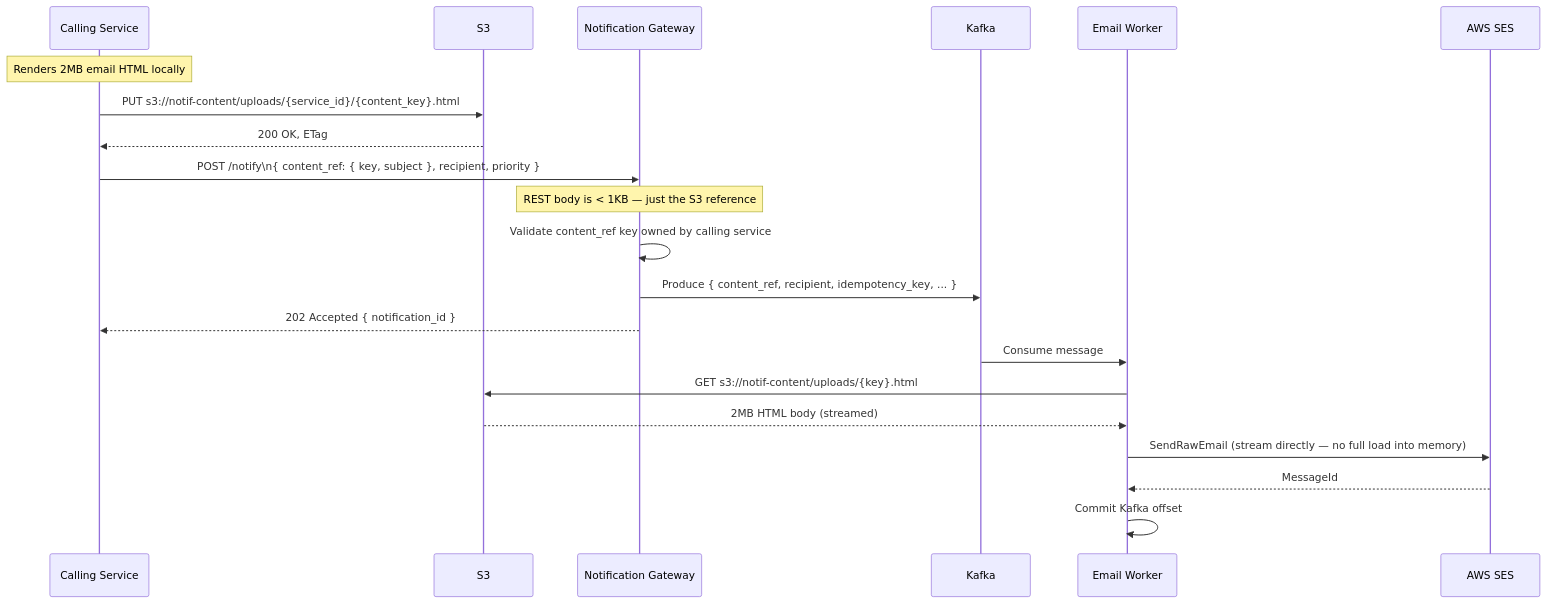
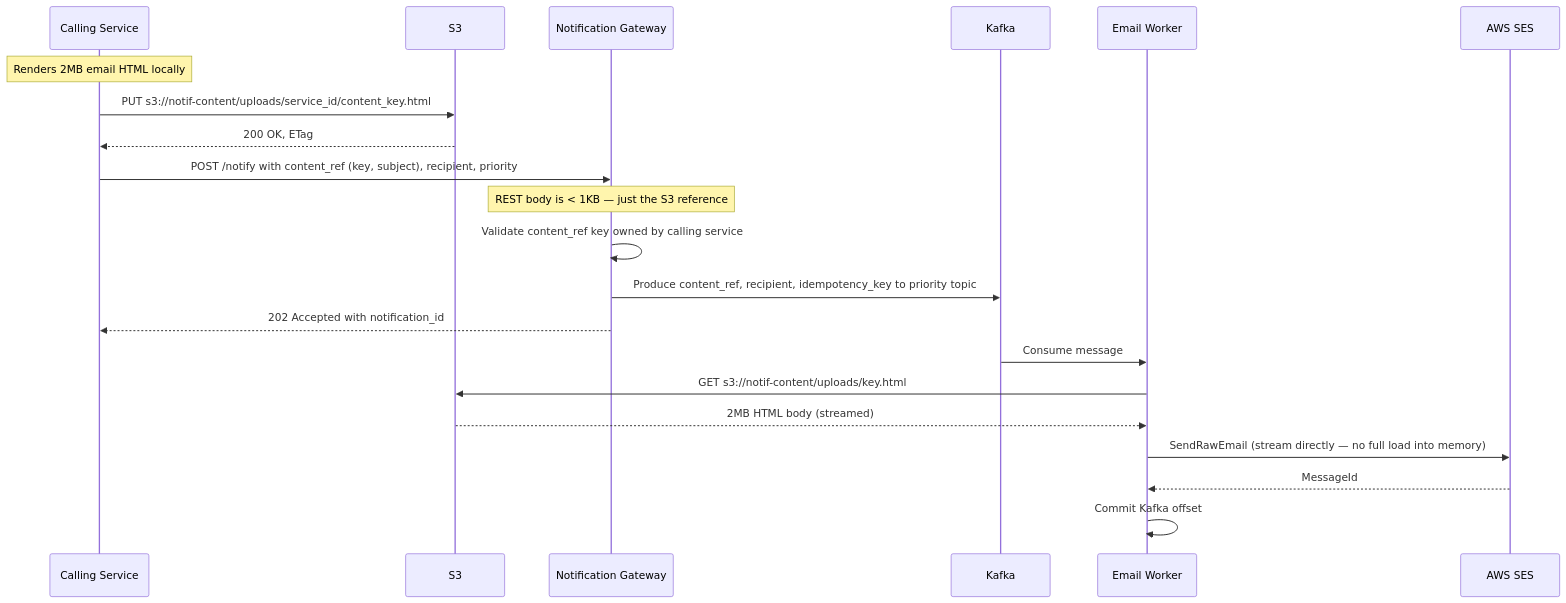
Before and after one commit to bindian0509/system-design: the second of 7 diagrams in notification-service/design/template-agnostic-delivery.md, drawn with Mermaid. The commit also changed other lines of this file and 9 other files, not shown here.

Commit message:
fixing mermaid

````diff
--- a/notification-service/design/template-agnostic-delivery.md
+++ b/notification-service/design/template-agnostic-delivery.md
@@ -56,27 +56,27 @@
 ```mermaid
 sequenceDiagram
     participant Caller as Calling Service
     participant S3 as S3
     participant GW as Notification Gateway
     participant Kafka as Kafka
     participant Worker as Email Worker
     participant SES as AWS SES
 
     Note over Caller: Renders 2MB email HTML locally
 
-    Caller->>S3: PUT s3://notif-content/uploads/{service_id}/{content_key}.html
+    Caller->>S3: PUT s3://notif-content/uploads/service_id/content_key.html
     S3-->>Caller: 200 OK, ETag
 
-    Caller->>GW: POST /notify\n{ content_ref: { key, subject }, recipient, priority }
+    Caller->>GW: POST /notify with content_ref (key, subject), recipient, priority
     Note over GW: REST body is < 1KB — just the S3 reference
     GW->>GW: Validate content_ref key owned by calling service
-    GW->>Kafka: Produce { content_ref, recipient, idempotency_key, ... }
-    GW-->>Caller: 202 Accepted { notification_id }
+    GW->>Kafka: Produce content_ref, recipient, idempotency_key to priority topic
+    GW-->>Caller: 202 Accepted with notification_id
 
     Kafka->>Worker: Consume message
-    Worker->>S3: GET s3://notif-content/uploads/{key}.html
+    Worker->>S3: GET s3://notif-content/uploads/key.html
     S3-->>Worker: 2MB HTML body (streamed)
     Worker->>SES: SendRawEmail (stream directly — no full load into memory)
     SES-->>Worker: MessageId
     Worker->>Worker: Commit Kafka offset
 ```
````
